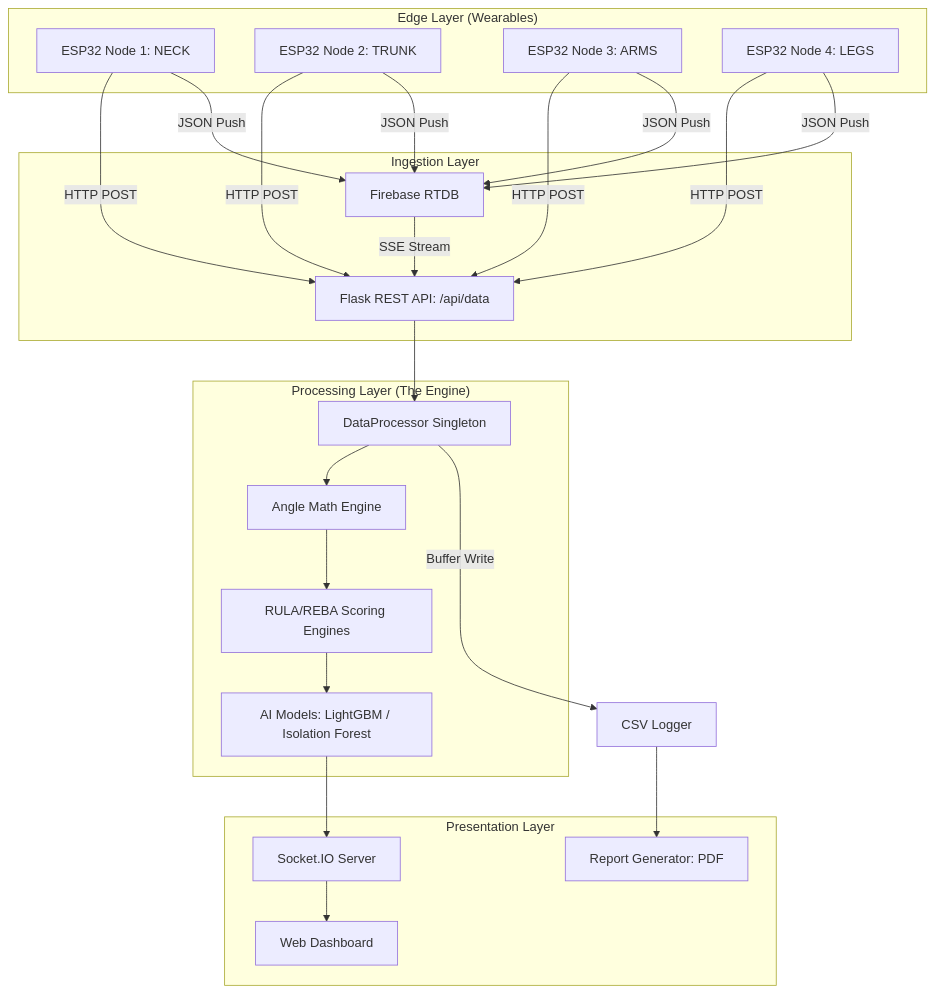
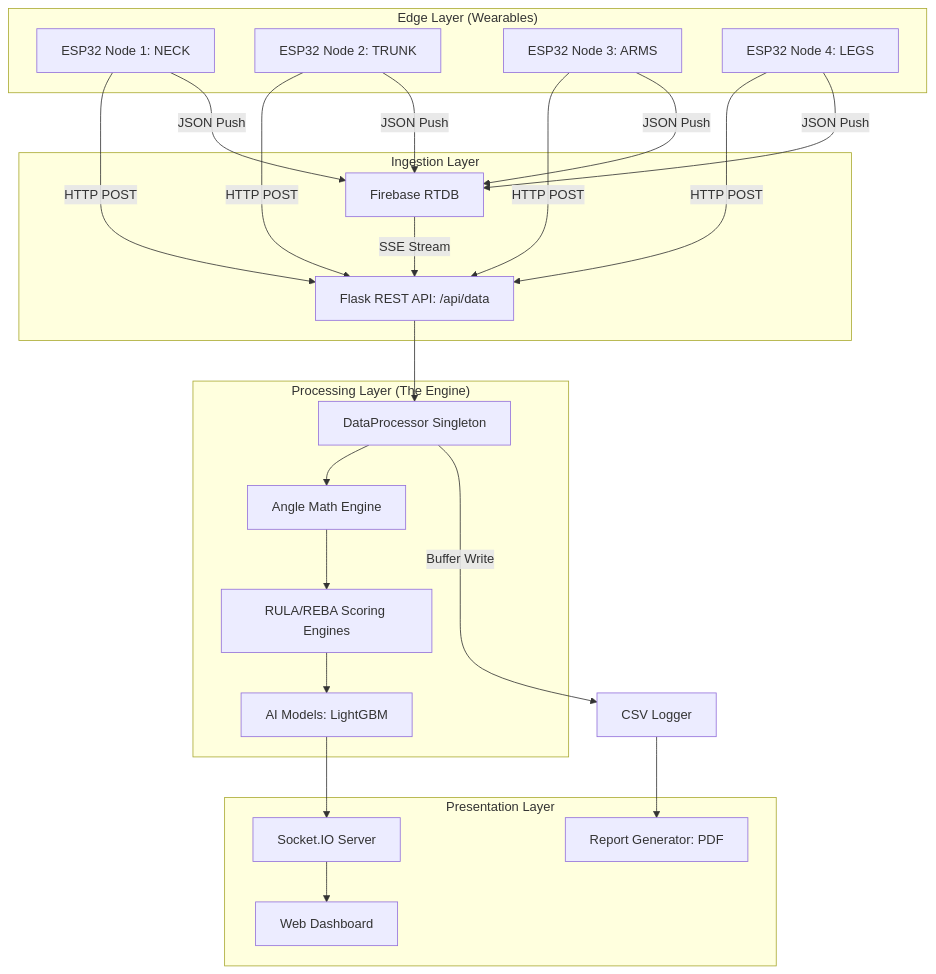
One commit to charrada1993/Ergo_Sensor changed the diagram in Ergo_Sensor_Project_Report/Ergo_Sensor_Technical_Report.md. Above: the diagram before and after it, drawn with Mermaid. The commit also changed other lines of this file and 20 other files, not shown here.

Commit message:
feat: remove Isolation Forest, add real-time per-component angle badges on dashboard, light/dark mode fix, updated AI page and evaluation plots

````diff
--- a/Ergo_Sensor_Project_Report/Ergo_Sensor_Technical_Report.md
+++ b/Ergo_Sensor_Project_Report/Ergo_Sensor_Technical_Report.md
@@ -27,35 +27,35 @@
 ```mermaid
 graph TD
     subgraph "Edge Layer (Wearables)"
         E1[ESP32 Node 1: NECK]
         E2[ESP32 Node 2: TRUNK]
         E3[ESP32 Node 3: ARMS]
         E4[ESP32 Node 4: LEGS]
     end
 
     subgraph "Ingestion Layer"
         F_API[Flask REST API: /api/data]
         F_DB[Firebase RTDB]
     end
 
     subgraph "Processing Layer (The Engine)"
         DP[DataProcessor Singleton]
         AM[Angle Math Engine]
         RE[RULA/REBA Scoring Engines]
-        AI[AI Models: LightGBM / Isolation Forest]
+        AI[AI Models: LightGBM]
     end
 
     subgraph "Presentation Layer"
         SIO[Socket.IO Server]
         WDB[Web Dashboard]
         RG[Report Generator: PDF]
     end
 
     E1 & E2 & E3 & E4 -->|HTTP POST| F_API
     E1 & E2 & E3 & E4 -->|JSON Push| F_DB
     F_DB -->|SSE Stream| F_API
     F_API --> DP
     DP --> AM --> RE --> AI --> SIO --> WDB
     DP -->|Buffer Write| CLG[CSV Logger]
     CLG --> RG
 ```
````
